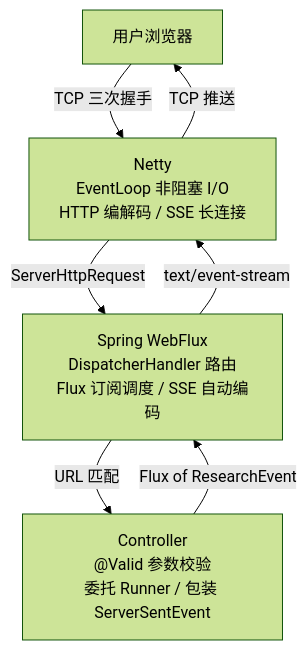
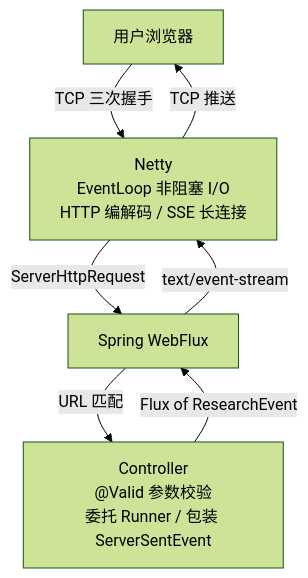
Before and after one commit to man-mu/M-agent: the first of 2 diagrams in README.md, drawn with Mermaid (forest theme). The commit also changed other lines of this file, not shown here.

````diff
--- a/README.md
+++ b/README.md
@@ -22,9 +43,9 @@
 ```mermaid
 flowchart TD
   User["用户浏览器"] -- "TCP 三次握手" --> Netty["Netty\nEventLoop 非阻塞 I/O\nHTTP 编解码 / SSE 长连接"]
-  Netty -- "ServerHttpRequest" --> WebFlux["Spring WebFlux\nDispatcherHandler 路由\nFlux 订阅调度 / SSE 自动编码"]
+  Netty -- "ServerHttpRequest" --> WebFlux["Spring WebFlux\n"]
   WebFlux -- "URL 匹配" --> Controller["Controller\n@Valid 参数校验\n委托 Runner / 包装 ServerSentEvent"]
   Controller -- "Flux of ResearchEvent" --> WebFlux
   WebFlux -- "text/event-stream" --> Netty
   Netty -- "TCP 推送" --> User
 ```
````
